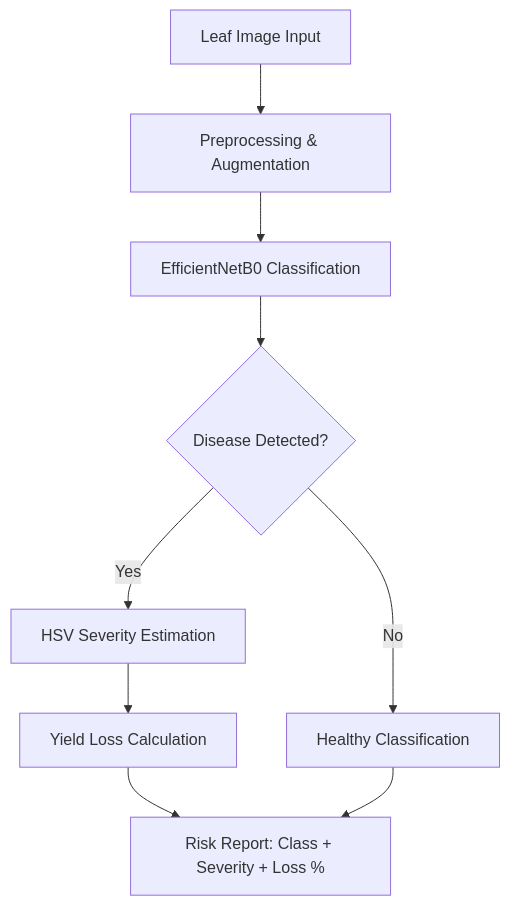
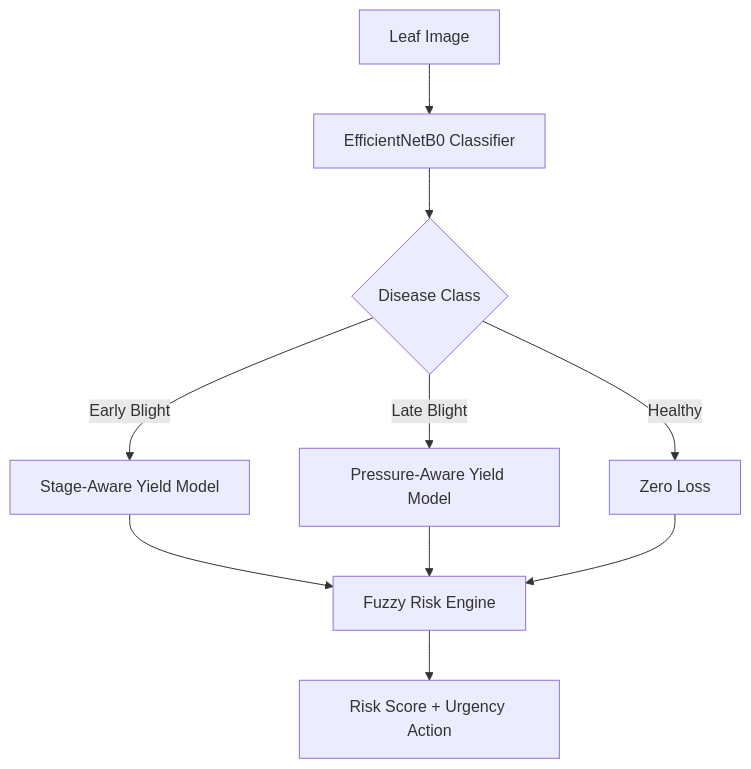
One commit to HarshaAppikatla/Crop-Risk-Detection-and-Yield-Prediction changed the diagram in README.md. Above: the diagram before and after it, drawn with Mermaid. The commit also changed other lines of this file, not shown here.

First line of the commit message:
Revise README for Potato Disease Detection Project

````diff
--- a/README.md
+++ b/README.md
@@ -20,11 +20,12 @@
 ```mermaid
 graph TD
-    A[Leaf Image Input] --> B[Preprocessing & Augmentation]
-    B --> C[EfficientNetB0 Classification]
-    C --> D{Disease Detected?}
-    D -->|Yes| E[HSV Severity Estimation]
-    D -->|No| F[Healthy Classification]
-    E --> G[Yield Loss Calculation]
-    G --> H[Risk Report: Class + Severity + Loss %]
-    F --> H
+    A[Leaf Image] --> B[EfficientNetB0 Classifier]
+    B --> C{Disease Class}
+    C -->|Early Blight| D[Stage-Aware Yield Model]
+    C -->|Late Blight| E[Pressure-Aware Yield Model]
+    C -->|Healthy| F[Zero Loss]
+    D --> G[Fuzzy Risk Engine]
+    E --> G
+    F --> G
+    G --> H[Risk Score + Urgency Action]
 ```
````
